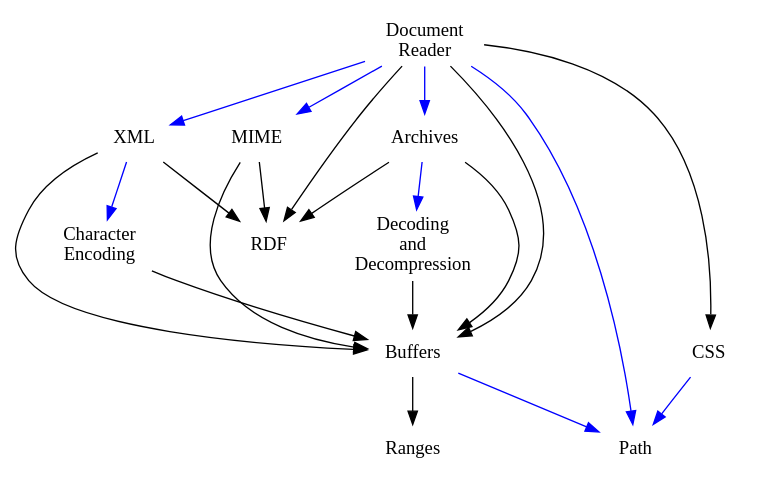
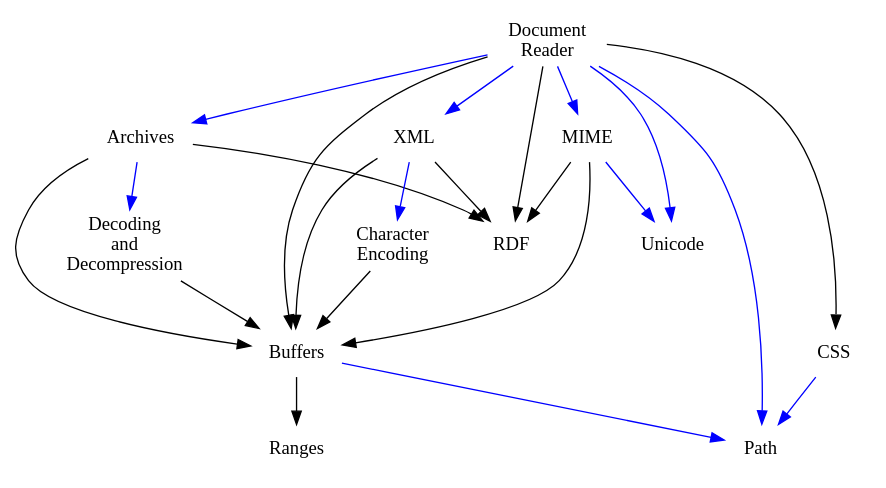
One commit to rhdunn/cainteoir-engine changed the diagram in docs/api/src/document_formats.dot. Above: the diagram before and after it, drawn with Graphviz. The commit also changed 3 other files, not shown here.

Commit message:
api: split out the encoding group into encoding and unicode

```diff
--- a/docs/api/src/document_formats.dot
+++ b/docs/api/src/document_formats.dot
@@ -1,51 +1,55 @@
 digraph "Document Formats" {
 
 	archives               [shape=none, label="Archives", URL="group__archives.html"]
 	buffers                [shape=none, label="Buffers", URL="group__buffers.html"]
 	encoding               [shape=none, label="Character&#x0A;Encoding", URL="group__encoding.html"]
 	css                    [shape=none, label="CSS", URL="group__css.html"]
 	decoders               [shape=none, label="Decoding&#x0A;and&#x0A;Decompression", URL="group__decoders.html"]
 	document_reader        [shape=none, label="Document&#x0A;Reader", URL="group__document__reader.html"]
 	mime                   [shape=none, label="MIME", URL="group__mime.html"]
 	path                   [shape=none, label="Path", URL="group__path.html"]
 	ranges                 [shape=none, label="Ranges", URL="group__ranges.html"]
 	rdf                    [shape=none, label="RDF", URL="group__rdf.html"]
+	unicode                [shape=none, label="Unicode", URL="group__unicode.html"]
 	xml                    [shape=none, label="XML", URL="group__xml.html"]
 
 	// usage (API)
 
 	buffers -> ranges [color=black]
 
 	archives -> buffers [color=black]
 	archives -> rdf [color=black]
 
 	decoders -> buffers [color=black]
 
 	encoding -> buffers [color=black]
 
 	document_reader -> buffers [color=black]
 	document_reader -> rdf     [color=black]
 	document_reader -> css     [color=black]
 
 	mime -> buffers [color=black]
 	mime -> rdf [color=black]
 
 	xml -> buffers [color=black]
 	xml -> rdf [color=black]
 
 	// usage (implementation)
 
 	archives -> decoders [color=blue]
 
 	buffers -> path [color=blue]
 
 	css -> path [color=blue]
 
 	document_reader -> archives [color=blue]
 	document_reader -> path [color=blue]
 	document_reader -> xml [color=blue]
 	document_reader -> mime [color=blue]
+	document_reader -> unicode [color=blue]
+
+	mime -> unicode [color=blue]
 
 	xml -> encoding [color=blue]
 
 }
```
